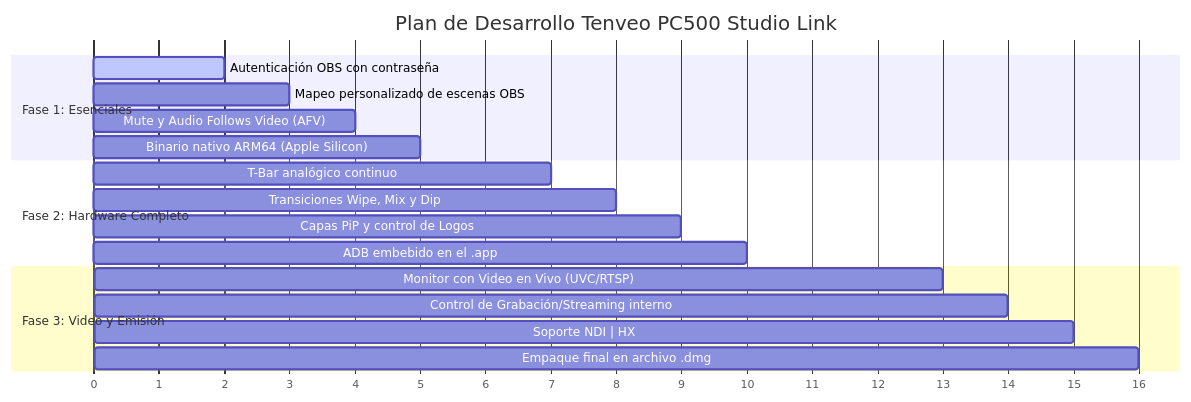
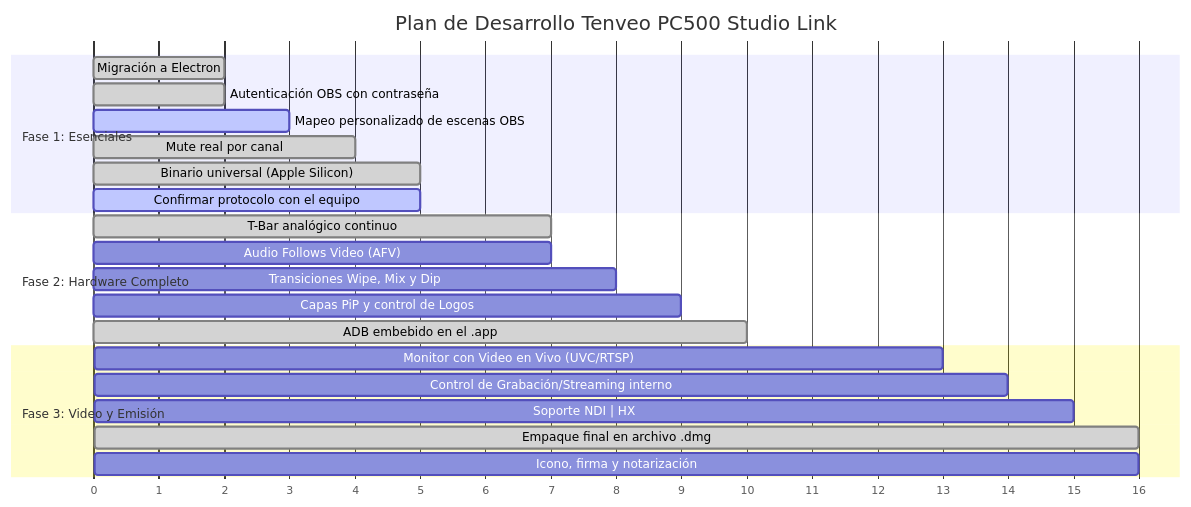
One commit to ThePunisherBaby/VeController changed the diagram in PENDIENTES.md. Above: the diagram before and after it, drawn with Mermaid. The commit also changed other lines of this file and 44 other files, not shown here.

````diff
--- a/PENDIENTES.md
+++ b/PENDIENTES.md
@@ -93,24 +98,28 @@
 ```mermaid
 gantt
     title Plan de Desarrollo Tenveo PC500 Studio Link
     dateFormat  X
     axisFormat %s
 
     section Fase 1: Esenciales
-    Autenticación OBS con contraseña        :active, p1, 0, 2
-    Mapeo personalizado de escenas OBS     :p2, 1, 3
-    Mute y Audio Follows Video (AFV)        :p3, 2, 4
-    Binario nativo ARM64 (Apple Silicon)    :p4, 3, 5
+    Migración a Electron                    :done, p0, 0, 2
+    Autenticación OBS con contraseña        :done, p1, 0, 2
+    Mapeo personalizado de escenas OBS     :active, p2, 1, 3
+    Mute real por canal                     :done, p3, 2, 4
+    Binario universal (Apple Silicon)       :done, p4, 3, 5
+    Confirmar protocolo con el equipo       :active, p4b, 3, 5
 
     section Fase 2: Hardware Completo
-    T-Bar analógico continuo                :p5, 4, 7
+    T-Bar analógico continuo                :done, p5, 4, 7
+    Audio Follows Video (AFV)               :p5b, 4, 7
     Transiciones Wipe, Mix y Dip            :p6, 5, 8
     Capas PiP y control de Logos            :p7, 6, 9
-    ADB embebido en el .app                 :p8, 7, 10
+    ADB embebido en el .app                 :done, p8, 7, 10
 
     section Fase 3: Video y Emisión
     Monitor con Video en Vivo (UVC/RTSP)    :p9, 9, 13
     Control de Grabación/Streaming interno  :p10, 11, 14
     Soporte NDI | HX                        :p11, 12, 15
-    Empaque final en archivo .dmg           :p12, 14, 16
+    Empaque final en archivo .dmg           :done, p12, 14, 16
+    Icono, firma y notarización             :p13, 14, 16
 ```
````
